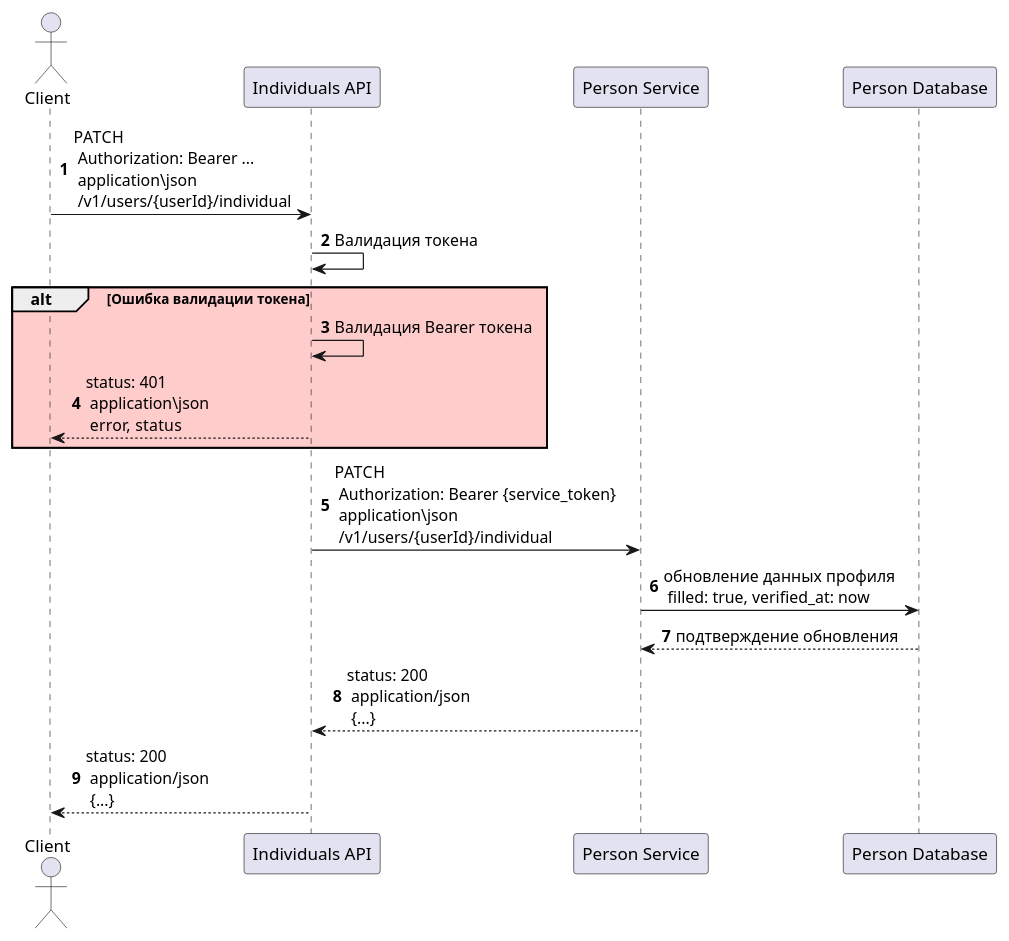
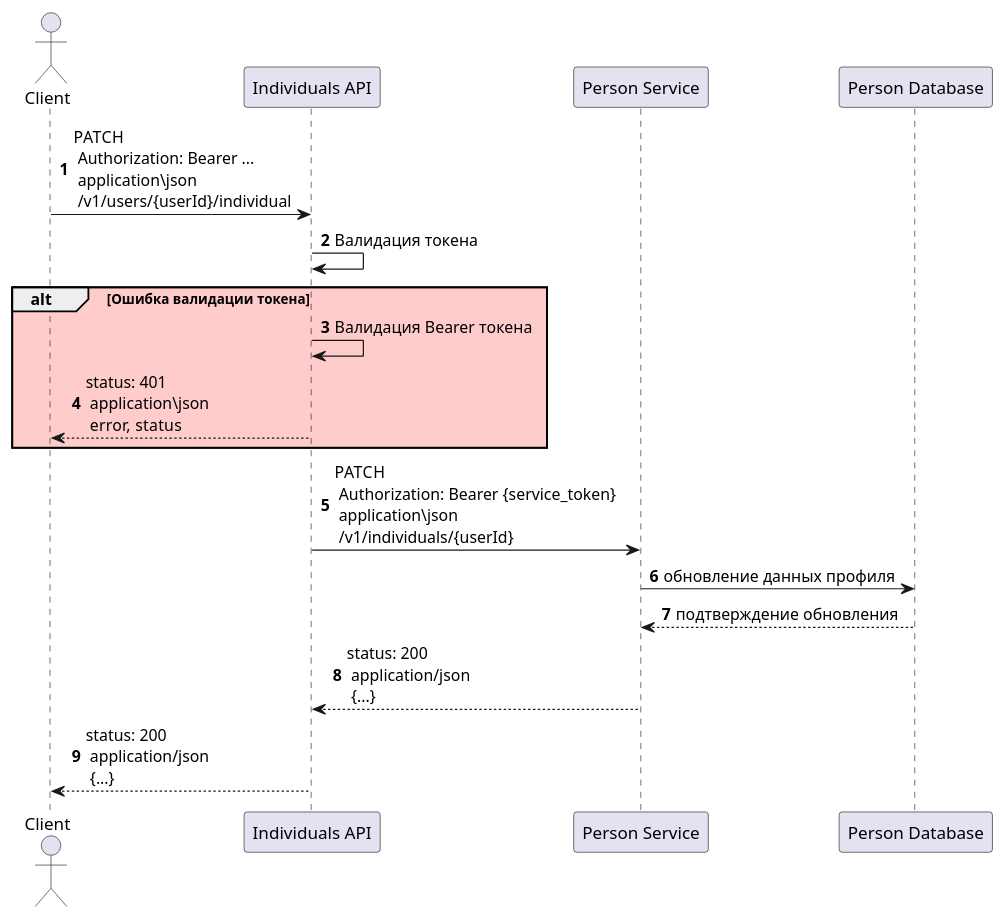
The diagram in architecture/sequence/update-user.puml (Ersted-me/payment-system), drawn with PlantUML before and after one commit. The commit also changed 5 other files, not shown here.

Commit message:
update person-open-api

```diff
--- a/architecture/sequence/update-user.puml
+++ b/architecture/sequence/update-user.puml
@@ -1,23 +1,23 @@
 @startuml
 
 autonumber
 
 actor Client as client
 participant "Individuals API" as api
 participant "Person Service" as person
 participant "Person Database" as personDb
 
 client -> api: PATCH \n Authorization: Bearer ... \n application\json \n /v1/users/{userId}/individual
 api -> api: Валидация токена
 
 alt #FFCCCC Ошибка валидации токена
 api -> api: Валидация Bearer токена
 api --> client: status: 401 \n application\json \n error, status
 end
 
-api -> person: PATCH \n Authorization: Bearer {service_token} \n application\json \n /v1/users/{userId}/individual
-person -> personDb: обновление данных профиля \n filled: true, verified_at: now
+api -> person: PATCH \n Authorization: Bearer {service_token} \n application\json \n /v1/individuals/{userId}
+person -> personDb: обновление данных профиля
 personDb --> person: подтверждение обновления
 person --> api: status: 200 \n application/json \n {...}
 api --> client: status: 200 \n application/json \n {...}
 @enduml
```
